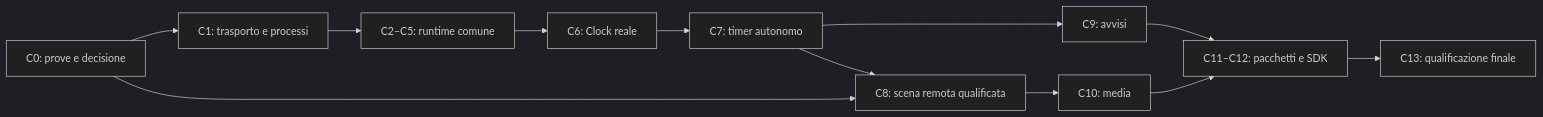
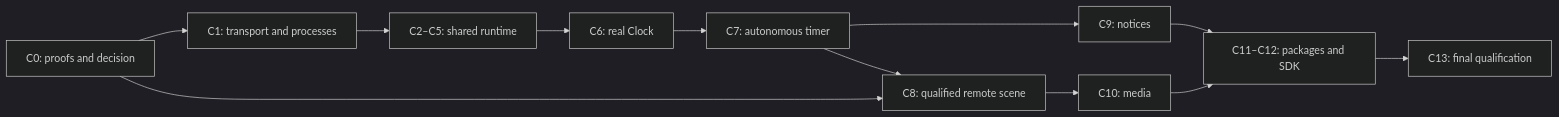
One commit to Hylo-dev/Cascade changed the diagram in docs/superpowers/plans/2026-09-10-addon-runtime-completion.md. Above: the diagram before and after it, drawn with Mermaid (dark theme). The commit also changed other lines of this file and 211 other files, not shown here.

````diff
--- a/docs/superpowers/plans/2026-09-10-addon-runtime-completion.md
+++ b/docs/superpowers/plans/2026-09-10-addon-runtime-completion.md
@@ -90,14 +90,14 @@
 ```mermaid
 flowchart LR
-  C0["C0: prove e decisione"] --> C1["C1: trasporto e processi"]
-  C1 --> B["C2–C5: runtime comune"]
-  B --> C6["C6: Clock reale"]
-  C6 --> C7["C7: timer autonomo"]
-  C7 --> C9["C9: avvisi"]
-  C0 --> C8["C8: scena remota qualificata"]
+  C0["C0: proofs and decision"] --> C1["C1: transport and processes"]
+  C1 --> B["C2–C5: shared runtime"]
+  B --> C6["C6: real Clock"]
+  C6 --> C7["C7: autonomous timer"]
+  C7 --> C9["C9: notices"]
+  C0 --> C8["C8: qualified remote scene"]
   C7 --> C8
   C8 --> C10["C10: media"]
-  C9 --> C11["C11–C12: pacchetti e SDK"]
+  C9 --> C11["C11–C12: packages and SDK"]
   C10 --> C11
-  C11 --> C13["C13: qualificazione finale"]
+  C11 --> C13["C13: final qualification"]
 ```
````
